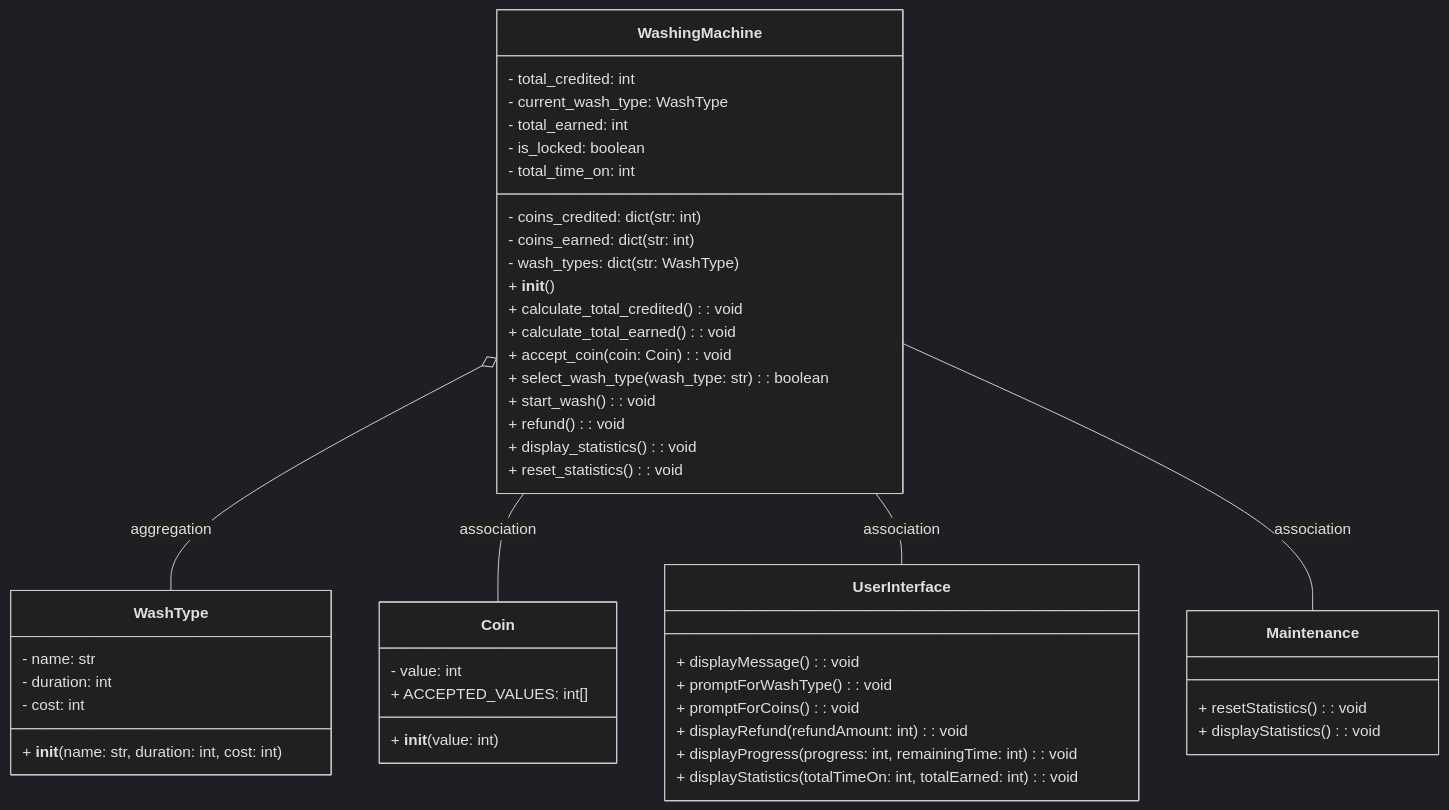
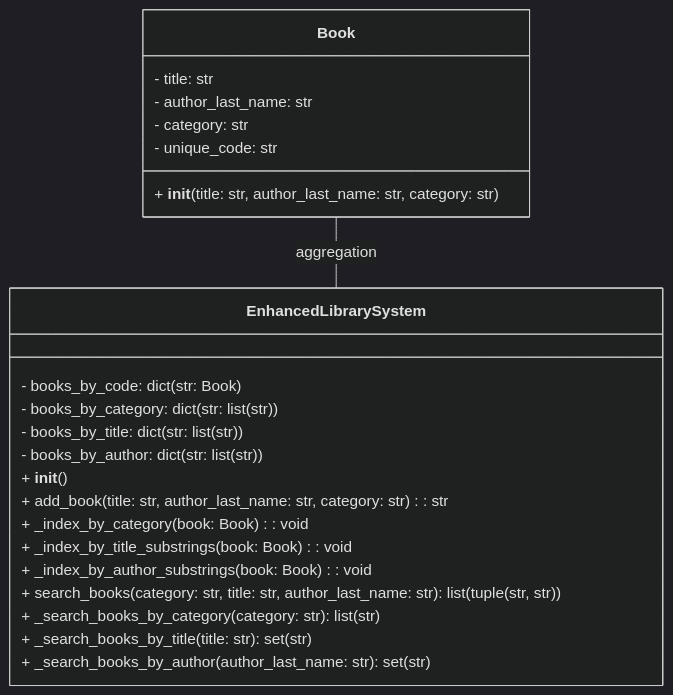
The diagram in README.md (TracesOfNuts/book-search), drawn with Mermaid (dark theme) before and after one commit. The commit also changed other lines of this file and 3 other files, not shown here.

Commit message:
Add EnhancedLibrarySystem unit tests and .gitignore file

````diff
--- a/README.md
+++ b/README.md
@@ -32,54 +32,28 @@
 ```mermaid
 classDiagram
-    class WashType {
-        - name: str
-        - duration: int
-        - cost: int
-        + __init__(name: str, duration: int, cost: int)
+    class Book {
+        - title: str
+        - author_last_name: str
+        - category: str
+        - unique_code: str
+        + __init__(title: str, author_last_name: str, category: str)
     }
 
-    class Coin {
-        - value: int
-        + ACCEPTED_VALUES: int[]
-        + __init__(value: int)
+    class EnhancedLibrarySystem {
+        - books_by_code: dict(str: Book)
+        - books_by_category: dict(str: list(str))
+        - books_by_title: dict(str: list(str))
+        - books_by_author: dict(str: list(str))
+        + __init__()
+        + add_book(title: str, author_last_name: str, category: str): str
+        + _index_by_category(book: Book): void
+        + _index_by_title_substrings(book: Book): void
+        + _index_by_author_substrings(book: Book): void
+        + search_books(category: str, title: str, author_last_name: str): list(tuple(str, str))
+        + _search_books_by_category(category: str): list(str)
+        + _search_books_by_title(title: str): set(str)
+        + _search_books_by_author(author_last_name: str): set(str)
     }
 
-    class WashingMachine {
-        - coins_credited: dict(str: int)
-        - coins_earned: dict(str: int)
-        - total_credited: int
-        - current_wash_type: WashType
-        - total_earned: int
-        - is_locked: boolean
-        - total_time_on: int
-        - wash_types: dict(str: WashType)
-        + __init__()
-        + calculate_total_credited(): void
-        + calculate_total_earned(): void
-        + accept_coin(coin: Coin): void
-        + select_wash_type(wash_type: str): boolean
-        + start_wash(): void
-        + refund(): void
-        + display_statistics(): void
-        + reset_statistics(): void
-    }
-
-    class UserInterface {
-        + displayMessage(): void
-        + promptForWashType(): void
-        + promptForCoins(): void
-        + displayRefund(refundAmount: int): void
-        + displayProgress(progress: int, remainingTime: int): void
-        + displayStatistics(totalTimeOn: int, totalEarned: int): void
-    }
-
-    class Maintenance {
-        + resetStatistics(): void
-        + displayStatistics(): void
-    }
-
-    WashingMachine o-- WashType : aggregation
-    WashingMachine -- Coin : association
-    WashingMachine -- UserInterface : association
-    WashingMachine -- Maintenance : association
+    Book -- EnhancedLibrarySystem : aggregation
 ```
````
